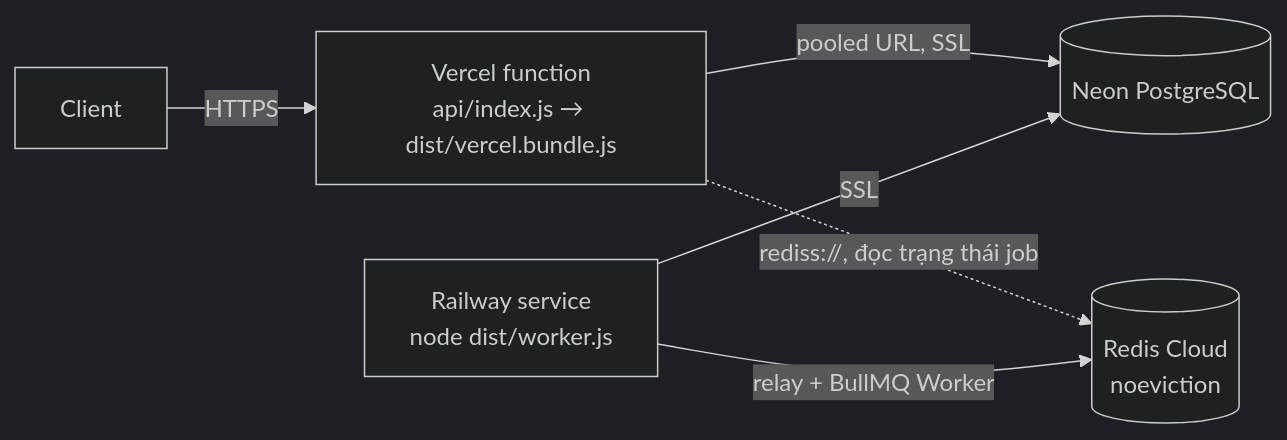
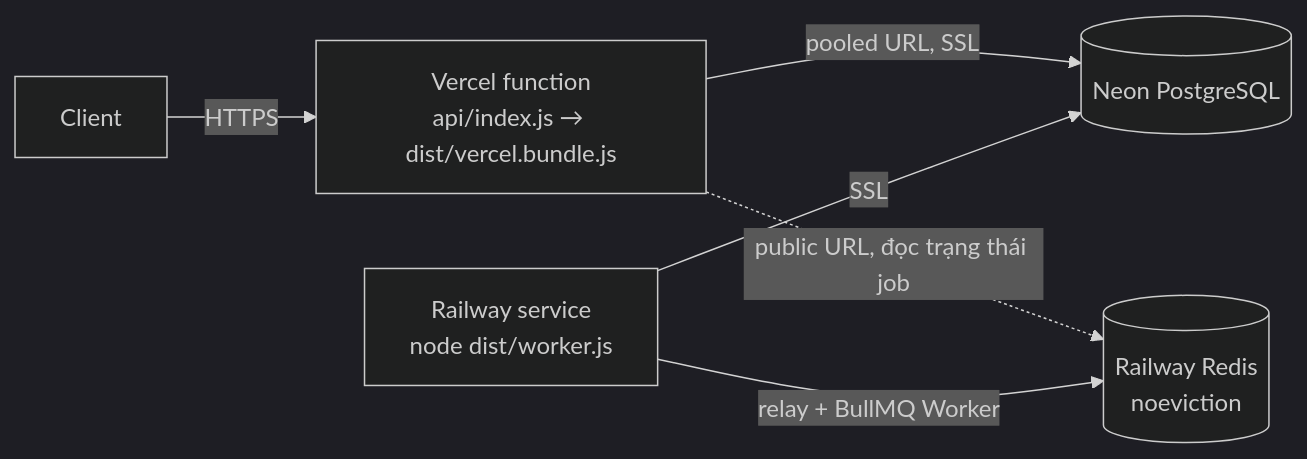
One commit to hcmus-phat/hemidi-test changed the third of 3 diagrams in README.md. Above: the diagram before and after it, drawn with Mermaid (dark theme). The commit also changed other lines of this file and 5 other files, not shown here.

First line of the commit message:
docs: record the live deployment and the switch to Railway Redis

````diff
--- a/README.md
+++ b/README.md
@@ -274,8 +274,8 @@
 ```mermaid
 flowchart LR
   U["Client"] -->|HTTPS| V["Vercel function<br/>api/index.js → dist/vercel.bundle.js"]
   V -->|"pooled URL, SSL"| N[("Neon PostgreSQL")]
-  V -.->|"rediss://, đọc trạng thái job"| RC[("Redis Cloud<br/>noeviction")]
+  V -.->|"public URL, đọc trạng thái job"| RC[("Railway Redis<br/>noeviction")]
   W["Railway service<br/>node dist/worker.js"] -->|"relay + BullMQ Worker"| RC
   W -->|SSL| N
 ```
````
